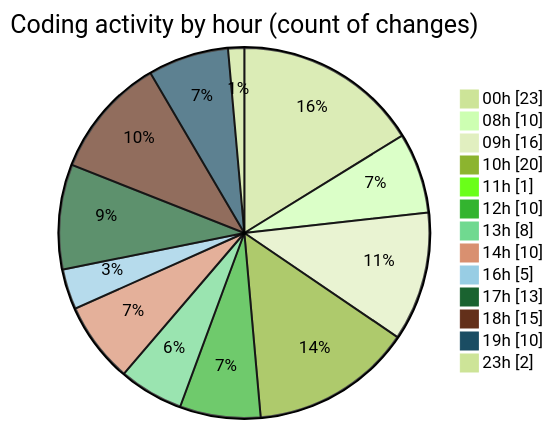
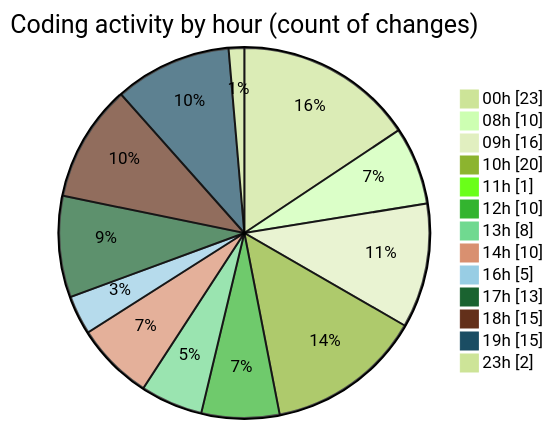
The second of 2 diagrams in 2025-05-29/advertise/README.md (Elitesun/code-tracking), drawn with Mermaid (forest theme) before and after one commit. The commit also changed other lines of this file and 1 other file, not shown here.

````diff
--- a/2025-05-29/advertise/README.md
+++ b/2025-05-29/advertise/README.md
@@ -47,17 +47,17 @@
 ```mermaid
 pie showData
 title Coding activity by hour (count of changes)
 "00h" : 23
 "08h" : 10
 "09h" : 16
 "10h" : 20
 "11h" : 1
 "12h" : 10
 "13h" : 8
 "14h" : 10
 "16h" : 5
 "17h" : 13
 "18h" : 15
-"19h" : 10
+"19h" : 15
 "23h" : 2
 ```
````
